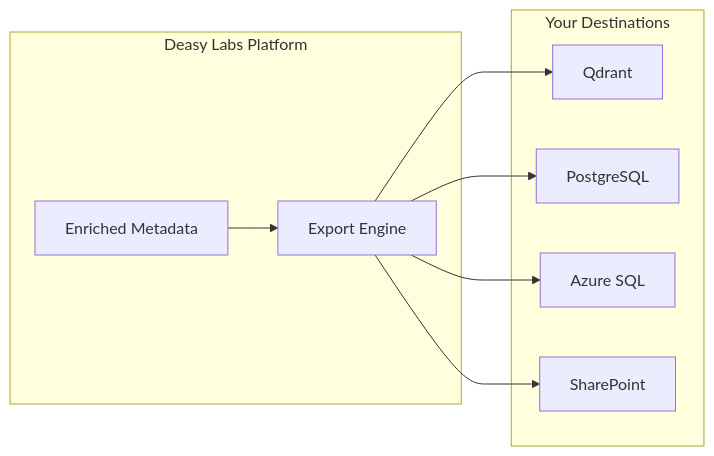
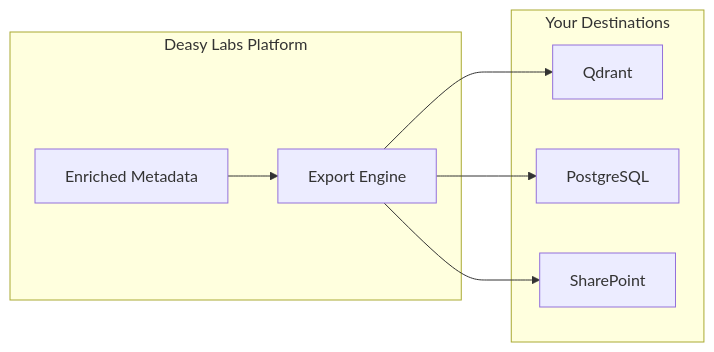
One commit to Deasie-internal/deasy-docs changed the diagram in concepts/destinations.mdx. Above: the diagram before and after it, drawn with Mermaid. The commit also changed other lines of this file and 1 other file, not shown here.

Commit message:
docs: remove Azure SQL from destinations

````diff
--- a/concepts/destinations.mdx
+++ b/concepts/destinations.mdx
@@ -70,20 +66,18 @@
 ```mermaid
 flowchart LR
     subgraph platform [Deasy Labs Platform]
         META[Enriched Metadata]
         EXP[Export Engine]
     end
     
     subgraph destinations [Your Destinations]
         QD[Qdrant]
         PG[PostgreSQL]
-        AZ[Azure SQL]
         SP[SharePoint]
     end
     
     META --> EXP
     EXP --> QD
     EXP --> PG
-    EXP --> AZ
     EXP --> SP
 ```
````
